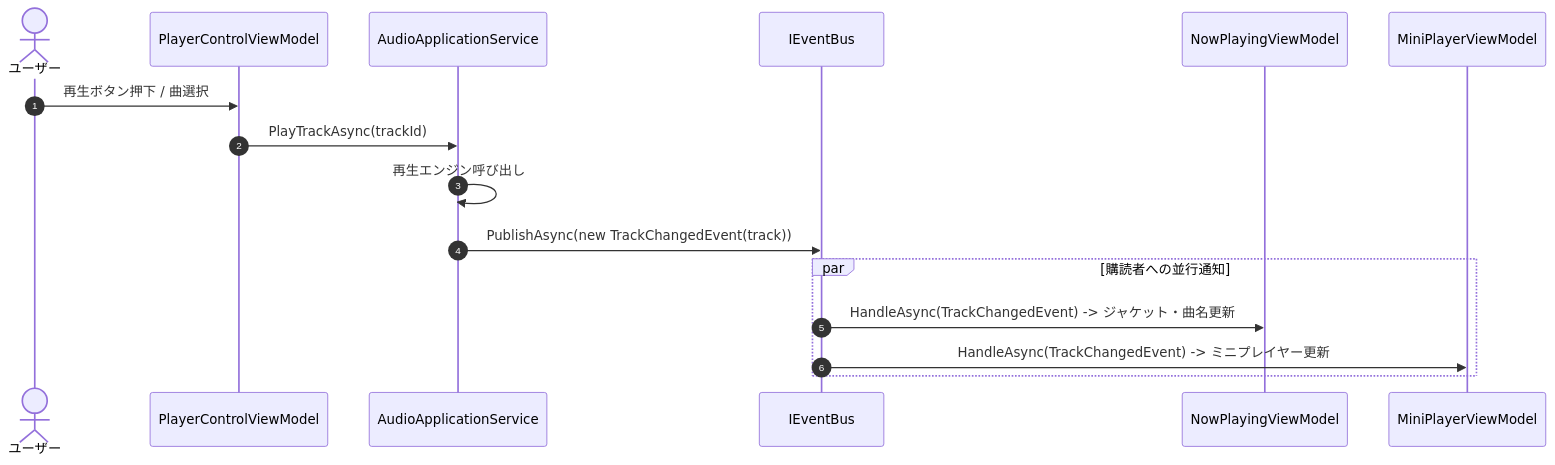
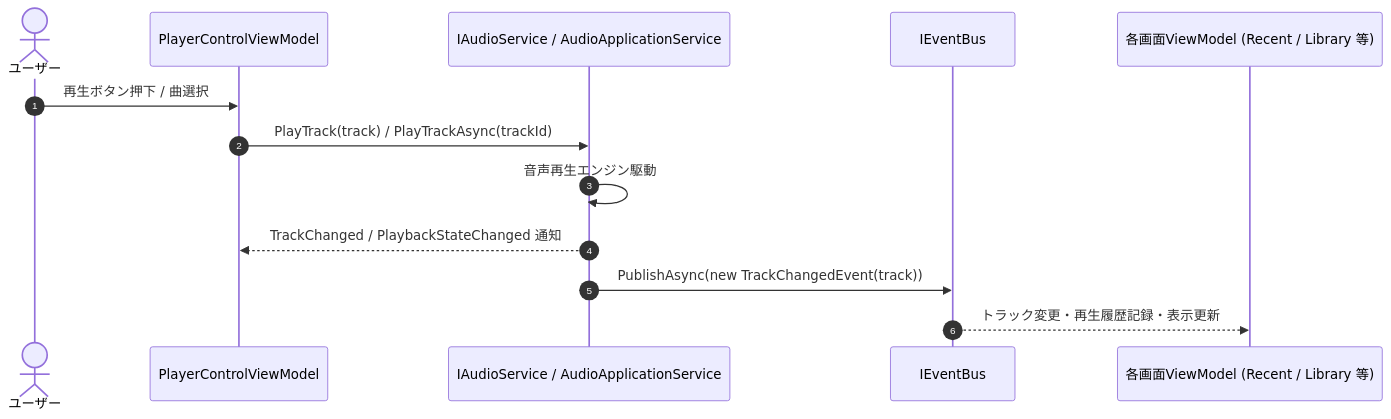
Before and after one commit to taketonnbo/Audio_Effector: the third of 3 diagrams in 設計/詳細設計/アーキテクチャ/アーキテクチャ全体設計書.md, drawn with Mermaid. The commit also changed other lines of this file and 5 other files, not shown here.

````diff
--- a/設計/詳細設計/アーキテクチャ/アーキテクチャ全体設計書.md
+++ b/設計/詳細設計/アーキテクチャ/アーキテクチャ全体設計書.md
@@ -243,19 +163,16 @@
 ```mermaid
 sequenceDiagram
     autonumber
     actor User as ユーザー
     participant VM as PlayerControlViewModel
-    participant AppService as AudioApplicationService
+    participant AudioSvc as IAudioService / AudioApplicationService
     participant Bus as IEventBus
-    participant NowPlaying as NowPlayingViewModel
-    participant Mini as MiniPlayerViewModel
+    participant SubVM as 各画面ViewModel (Recent / Library 等)
 
     User ->> VM: 再生ボタン押下 / 曲選択
-    VM ->> AppService: PlayTrackAsync(trackId)
-    AppService ->> AppService: 再生エンジン呼び出し
-    AppService ->> Bus: PublishAsync(new TrackChangedEvent(track))
-    par 購読者への並行通知
-        Bus ->> NowPlaying: HandleAsync(TrackChangedEvent) -> ジャケット・曲名更新
-        Bus ->> Mini: HandleAsync(TrackChangedEvent) -> ミニプレイヤー更新
-    end
+    VM ->> AudioSvc: PlayTrack(track) / PlayTrackAsync(trackId)
+    AudioSvc ->> AudioSvc: 音声再生エンジン駆動
+    AudioSvc -->> VM: TrackChanged / PlaybackStateChanged 通知
+    AudioSvc ->> Bus: PublishAsync(new TrackChangedEvent(track))
+    Bus -->> SubVM: トラック変更・再生履歴記録・表示更新
 ```
````
